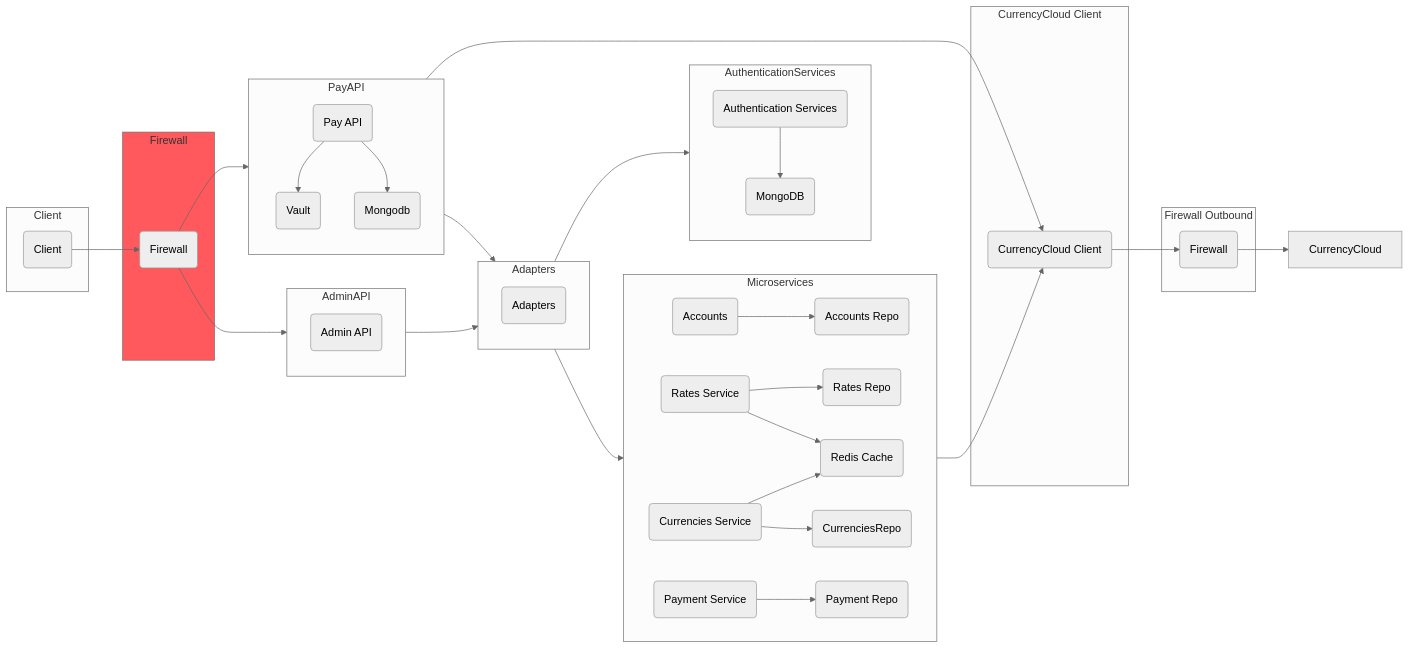
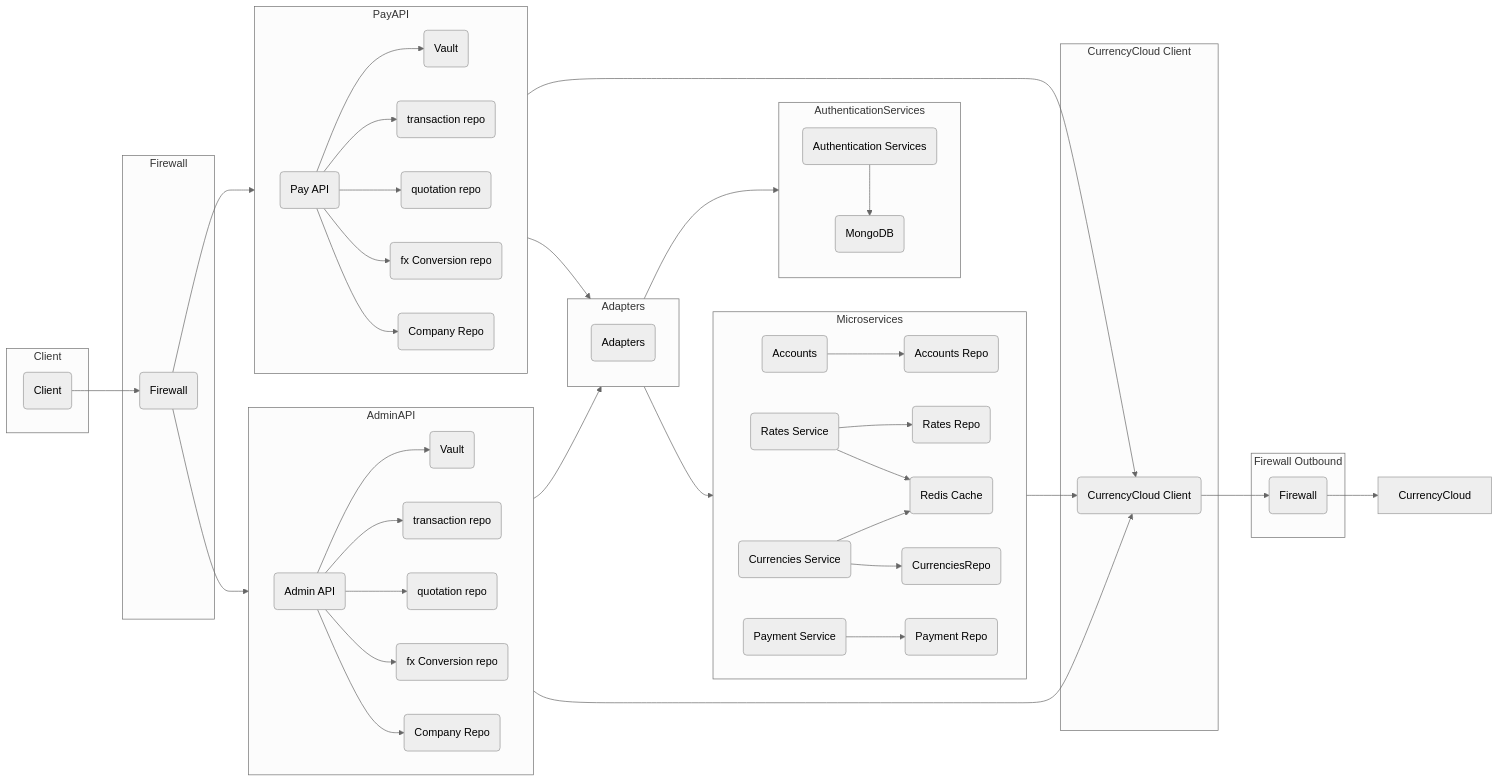
The first of 2 diagrams in docs/engineering/docs/projects/junction/pay.md (marimargaryan86/performancetesting), drawn with Mermaid (neutral theme) before and after one commit. The commit also changed other lines of this file, not shown here.

Commit message:
docs: write details of flow diagram
Refs: junction/junction!2191

````diff
--- a/docs/engineering/docs/projects/junction/pay.md
+++ b/docs/engineering/docs/projects/junction/pay.md
@@ -11,20 +11,37 @@
 
         subgraph Firewall
             B(Firewall)
-            style Firewall fill:#ff595e
         end
 
         subgraph PayAPI
-            direction TB
+            direction LR
             C(Pay API)
             E(Vault)
-            I(Mongodb)
+            I(transaction repo)
+            U(quotation repo)
+            V(fx Conversion repo)
+            W(Company Repo)
             C --> E
             C --> I
+            C --> U
+            C --> V
+            C --> W
         end
 
         subgraph AdminAPI
+            direction LR
             D(Admin API)
+            X(Vault)
+            Y(transaction repo)
+            Z(quotation repo)
+            A1(fx Conversion repo)
+            B2(Company Repo)
+
+            D --> X
+            D --> Y
+            D --> Z
+            D --> A1
+            D --> B2
         end
 
         subgraph AuthenticationServices
@@ -67,12 +84,14 @@
         A --> B
         B --> PayAPI
         B --> AdminAPI
+        PayAPI --> S
         PayAPI --> Adapters
         AdminAPI --> Adapters
         Adapters --> AuthenticationServices
         Adapters --> Microservices
-        PayAPI --> S
         Microservices --> S
         S --> T
         T --> CurrencyCloud
+
+        AdminAPI --> S
 ```
````
